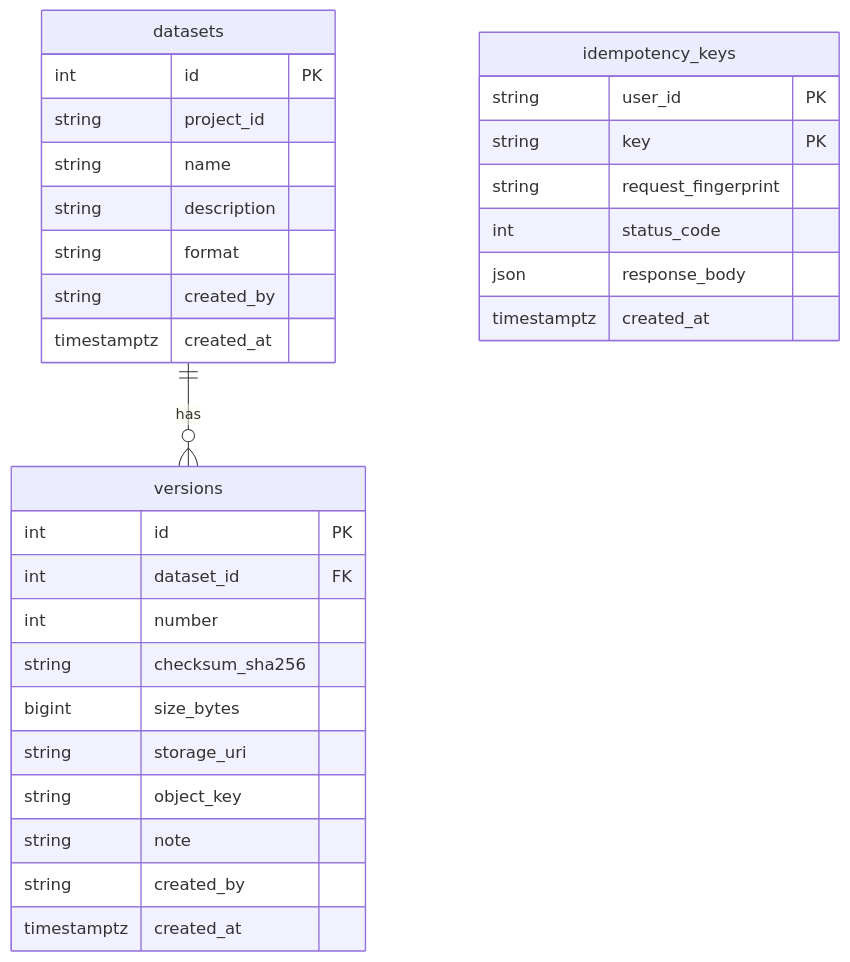
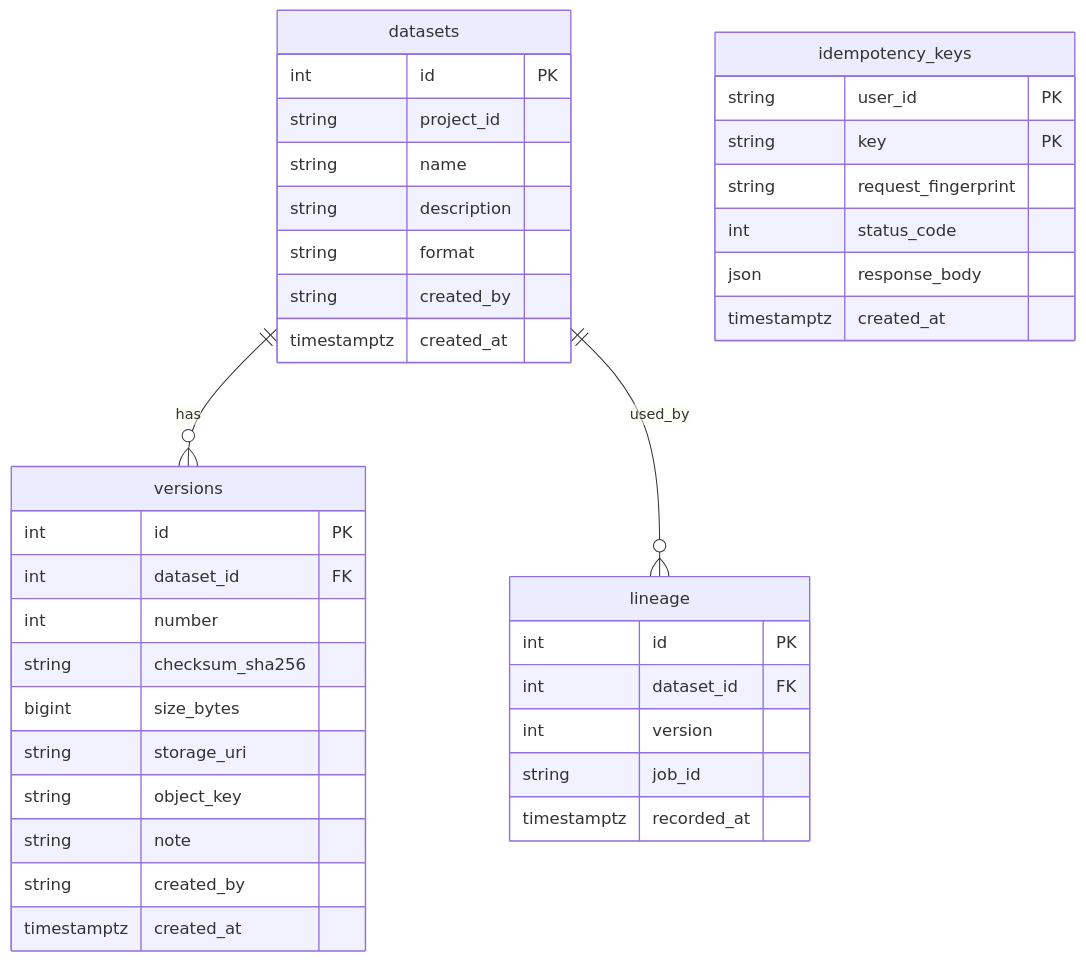
The diagram in docs/database/datasets.md (ali-ahmed-alshehhi/cloudtrain), drawn with Mermaid before and after one commit. The commit also changed other lines of this file and 11 other files, not shown here.

````diff
--- a/docs/database/datasets.md
+++ b/docs/database/datasets.md
@@ -20,33 +21,41 @@
 ```mermaid
 erDiagram
   datasets ||--o{ versions : "has"
+  datasets ||--o{ lineage : "used_by"
   datasets {
     int id PK
     string project_id
     string name
     string description
     string format
     string created_by
     timestamptz created_at
   }
   versions {
     int id PK
     int dataset_id FK
     int number
     string checksum_sha256
     bigint size_bytes
     string storage_uri
     string object_key
     string note
     string created_by
     timestamptz created_at
   }
+  lineage {
+    int id PK
+    int dataset_id FK
+    int version
+    string job_id
+    timestamptz recorded_at
+  }
   idempotency_keys {
     string user_id PK
     string key PK
     string request_fingerprint
     int status_code
     json response_body
     timestamptz created_at
   }
 ```
````
